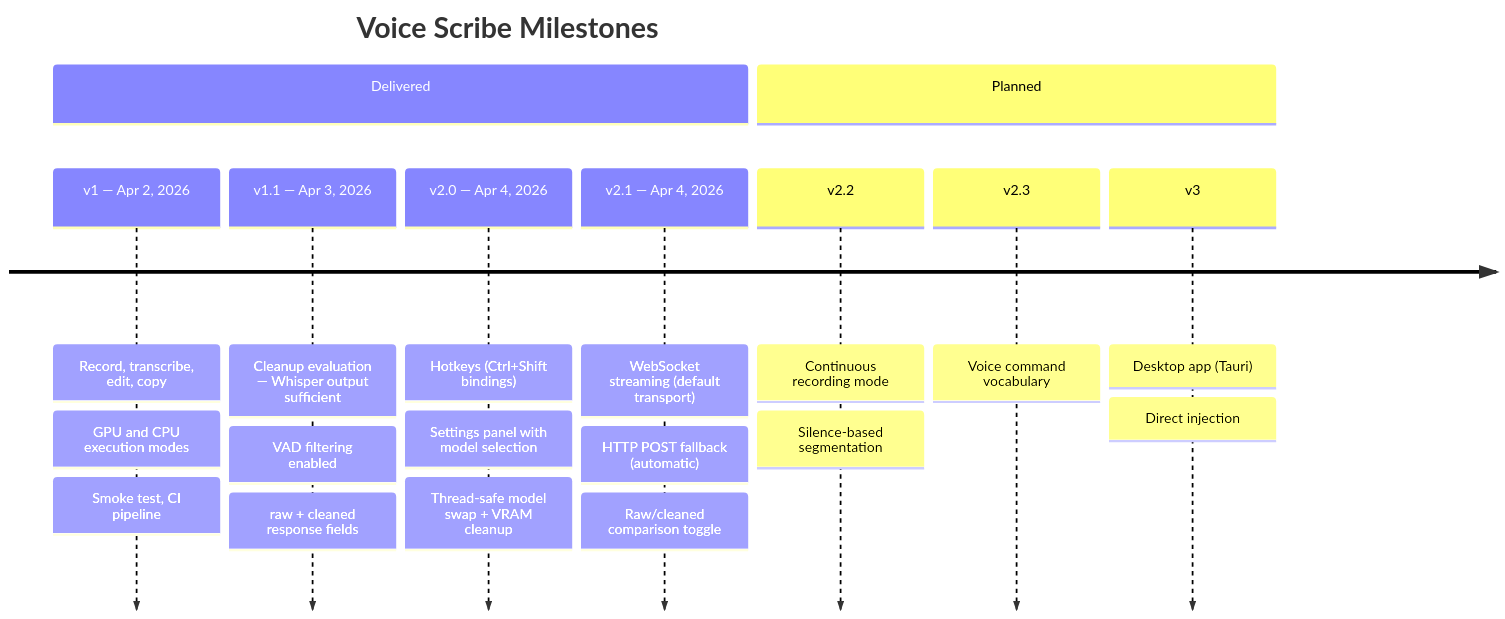
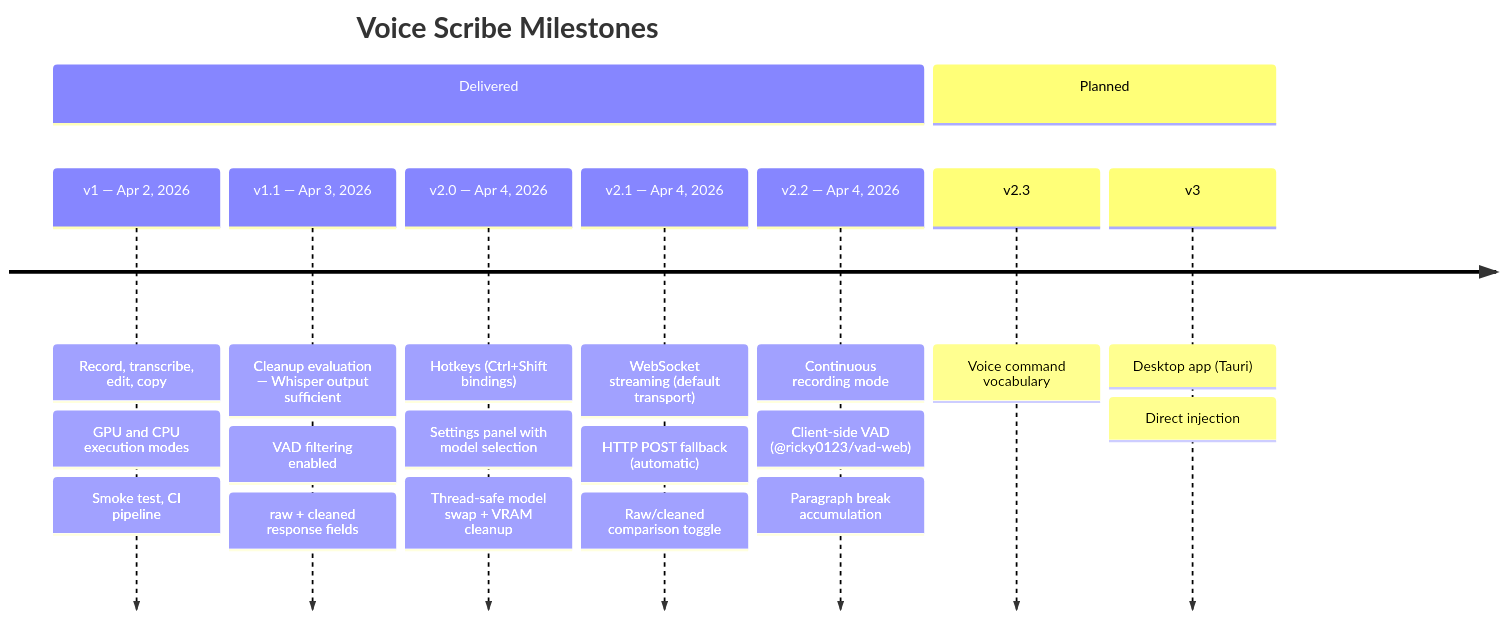
The diagram in docs/diagrams/milestone-timeline.mmd (JohnYanez95/voice-scribe), drawn with Mermaid before and after one commit. The commit also changed 3 other files, not shown here.

First line of the commit message:
v2.2 close-out: VAD fix, timeline update, roadmap parking lot

```diff
--- a/docs/diagrams/milestone-timeline.mmd
+++ b/docs/diagrams/milestone-timeline.mmd
@@ -1,28 +1,29 @@
 timeline
     title Voice Scribe Milestones
     section Delivered
         v1 — Apr 2, 2026
             : Record, transcribe, edit, copy
             : GPU and CPU execution modes
             : Smoke test, CI pipeline
         v1.1 — Apr 3, 2026
             : Cleanup evaluation — Whisper output sufficient
             : VAD filtering enabled
             : raw + cleaned response fields
         v2.0 — Apr 4, 2026
             : Hotkeys (Ctrl+Shift bindings)
             : Settings panel with model selection
             : Thread-safe model swap + VRAM cleanup
         v2.1 — Apr 4, 2026
             : WebSocket streaming (default transport)
             : HTTP POST fallback (automatic)
             : Raw/cleaned comparison toggle
+        v2.2 — Apr 4, 2026
+            : Continuous recording mode
+            : Client-side VAD (@ricky0123/vad-web)
+            : Paragraph break accumulation
     section Planned
-        v2.2
-            : Continuous recording mode
-            : Silence-based segmentation
         v2.3
             : Voice command vocabulary
         v3
             : Desktop app (Tauri)
             : Direct injection
```
